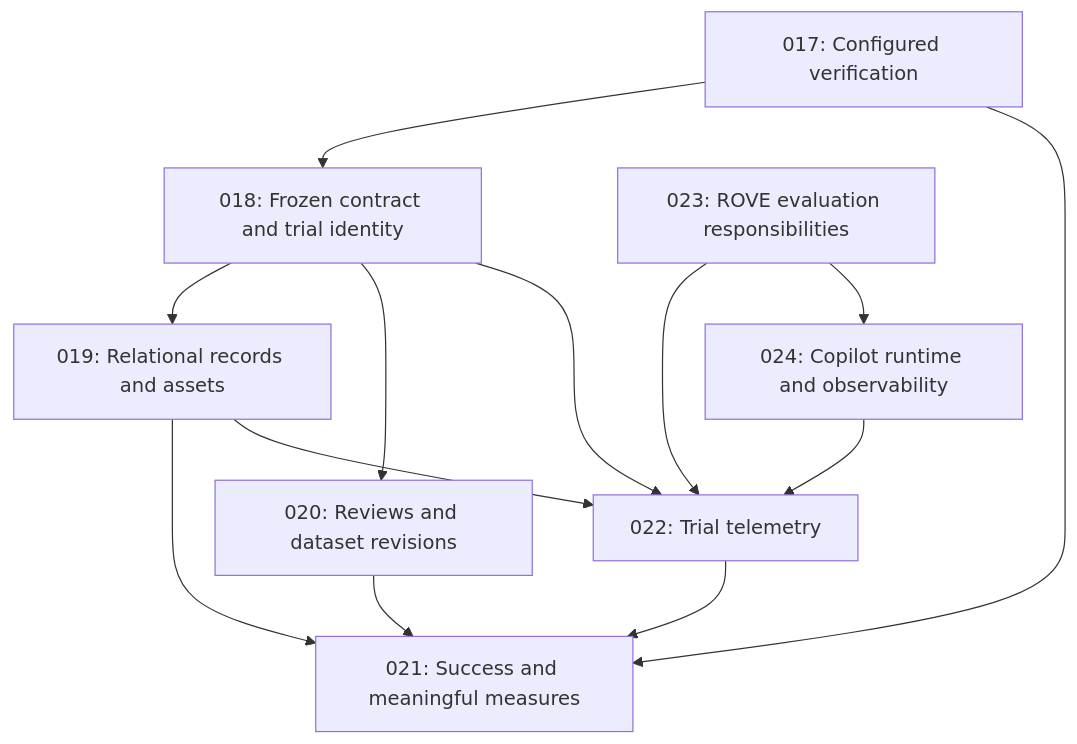
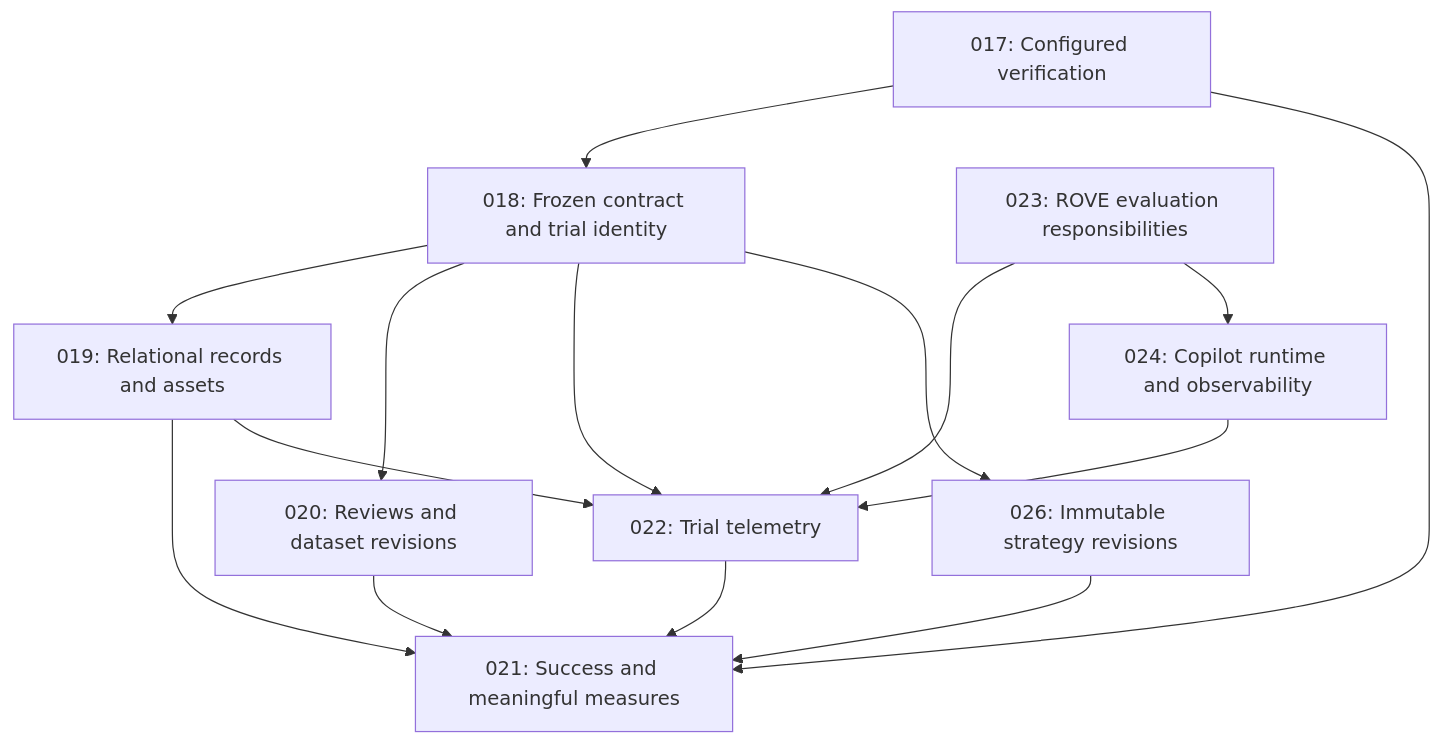
The diagram in docs/architecture/README.md (niksacdev/rove), drawn with Mermaid before and after one commit. The commit also changed other lines of this file and 58 other files, not shown here.

````diff
--- a/docs/architecture/README.md
+++ b/docs/architecture/README.md
@@ -23,15 +24,17 @@
 ```mermaid
 flowchart TD
     V[017: Configured verification] --> C[018: Frozen contract and trial identity]
     C --> S[019: Relational records and assets]
     C --> H[020: Reviews and dataset revisions]
     H --> M[021: Success and meaningful measures]
     V --> M
     S --> M
     C --> T[022: Trial telemetry]
     S --> T
     T --> M
     E[023: ROVE evaluation responsibilities] --> T
     R[024: Copilot runtime and observability] --> T
     E --> R
+    C --> K[026: Immutable strategy revisions]
+    K --> M
 ```
````
